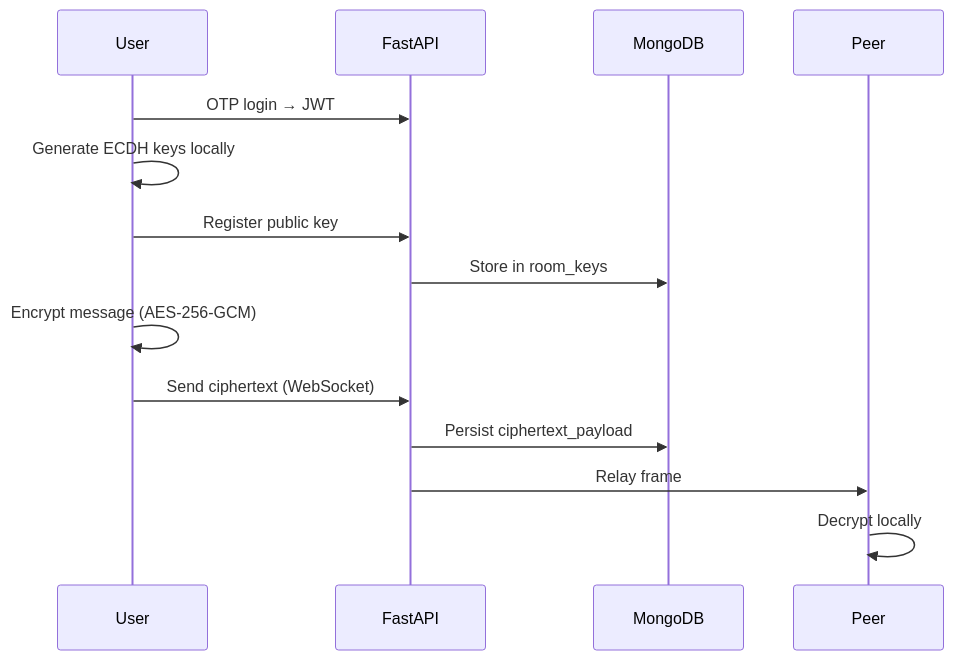
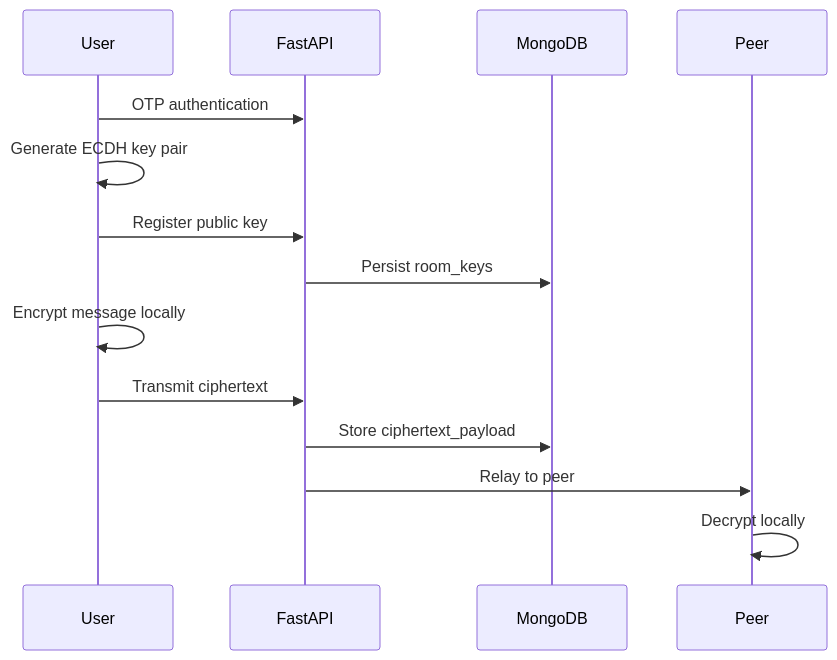
Before and after one commit to Sireesha-Boyapati/Secure-Communications-Collaboration-System-Design-and-Deployment: the second of 2 diagrams in README.md, drawn with Mermaid. The commit also changed other lines of this file and 18 other files, not shown here.

````diff
--- a/README.md
+++ b/README.md
@@ -94,17 +89,17 @@
 ```mermaid
 sequenceDiagram
     participant U as User
     participant S as FastAPI
     participant D as MongoDB
     participant P as Peer
 
-    U->>S: OTP login → JWT
-    U->>U: Generate ECDH keys locally
+    U->>S: OTP authentication
+    U->>U: Generate ECDH key pair
     U->>S: Register public key
-    S->>D: Store in room_keys
-    U->>U: Encrypt message (AES-256-GCM)
-    U->>S: Send ciphertext (WebSocket)
-    S->>D: Persist ciphertext_payload
-    S->>P: Relay frame
+    S->>D: Persist room_keys
+    U->>U: Encrypt message locally
+    U->>S: Transmit ciphertext
+    S->>D: Store ciphertext_payload
+    S->>P: Relay to peer
     P->>P: Decrypt locally
 ```
````
